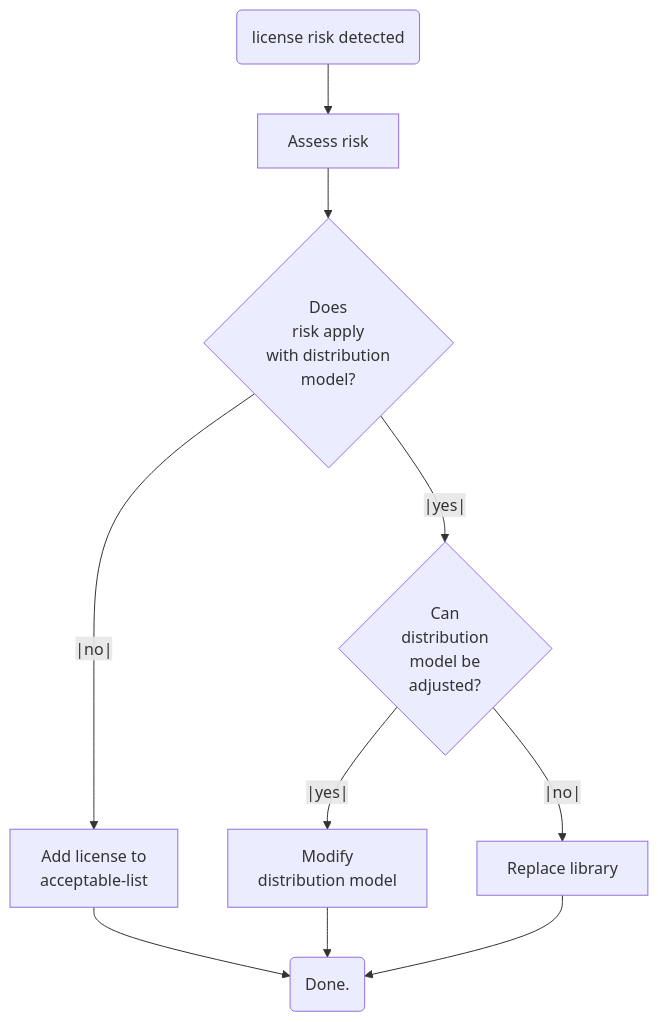
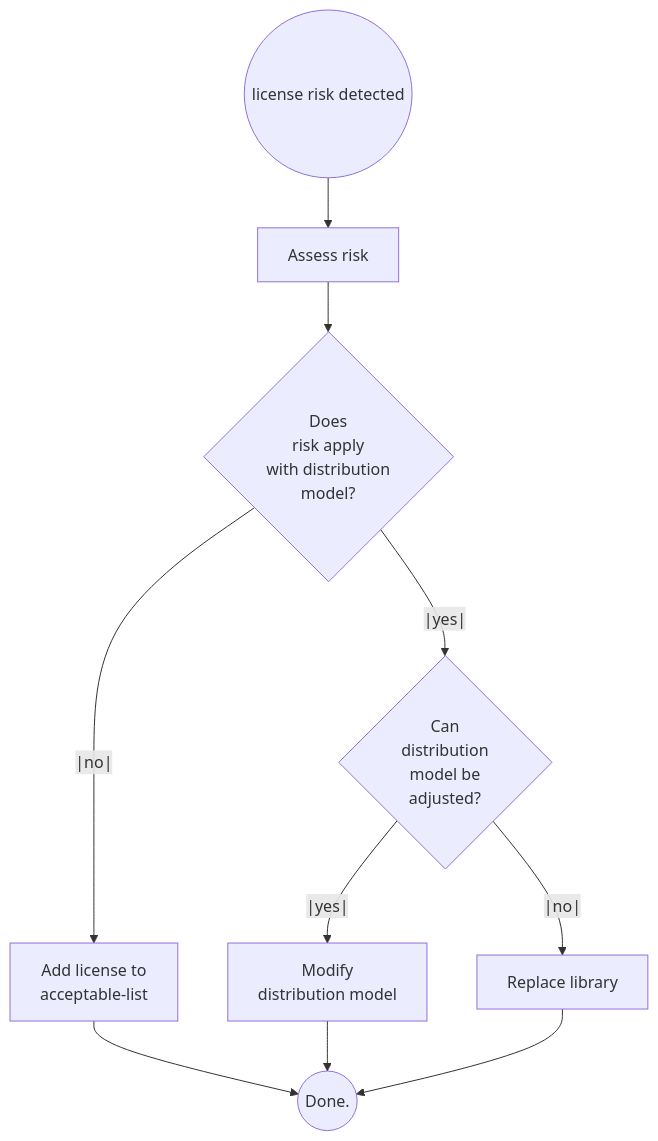
Before and after one commit to Software-Improvement-Group/sigridci: the diagram in docs/workflows/best-practices-osh.md, drawn with Mermaid.

Commit message:
with nice start and end nodes

````diff
--- a/docs/workflows/best-practices-osh.md
+++ b/docs/workflows/best-practices-osh.md
@@ -270,9 +270,9 @@
 ```mermaid
 graph TD; 
-    Start(license risk detected) --> A[Assess risk];
+    Start((license risk detected)) --> A[Assess risk];
     A --> D{"Does\n risk apply\n with distribution\n model?"};
     D --|yes|--> D_yes{"Can\n distribution\n model be\n adjusted?"};
-    D --|no|--> D_no["Add license to\n acceptable-list"] --> E("Done.");
+    D --|no|--> D_no["Add license to\n acceptable-list"] --> E(("Done."));
     D_yes --|yes|--> M[Modify\n distribution model] --> E;
     D_yes --|no|--> R[Replace library] --> E;
 ```
````
